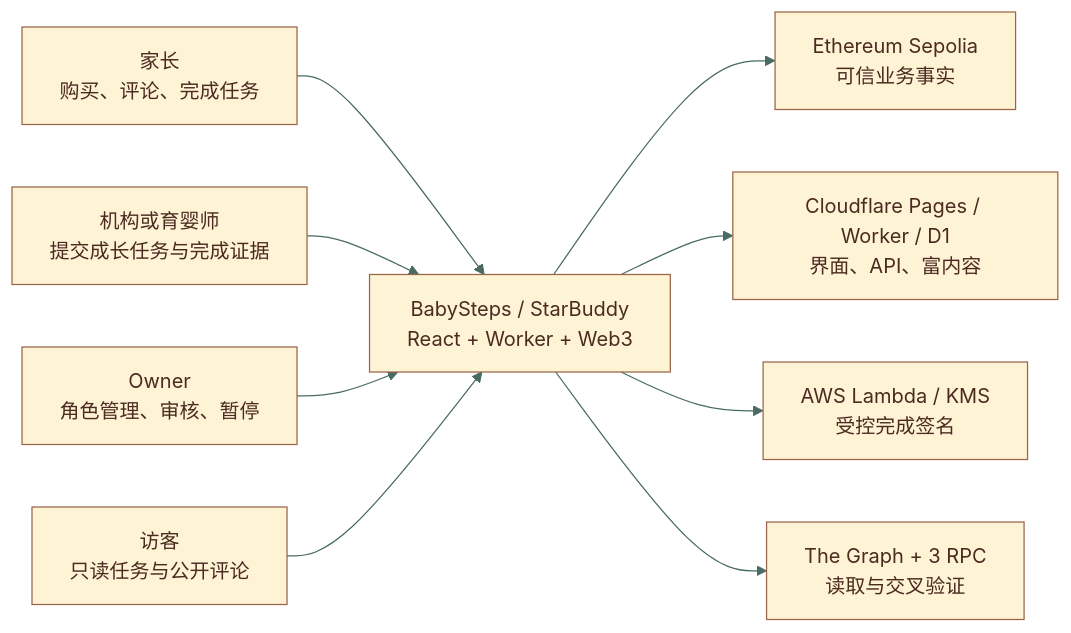
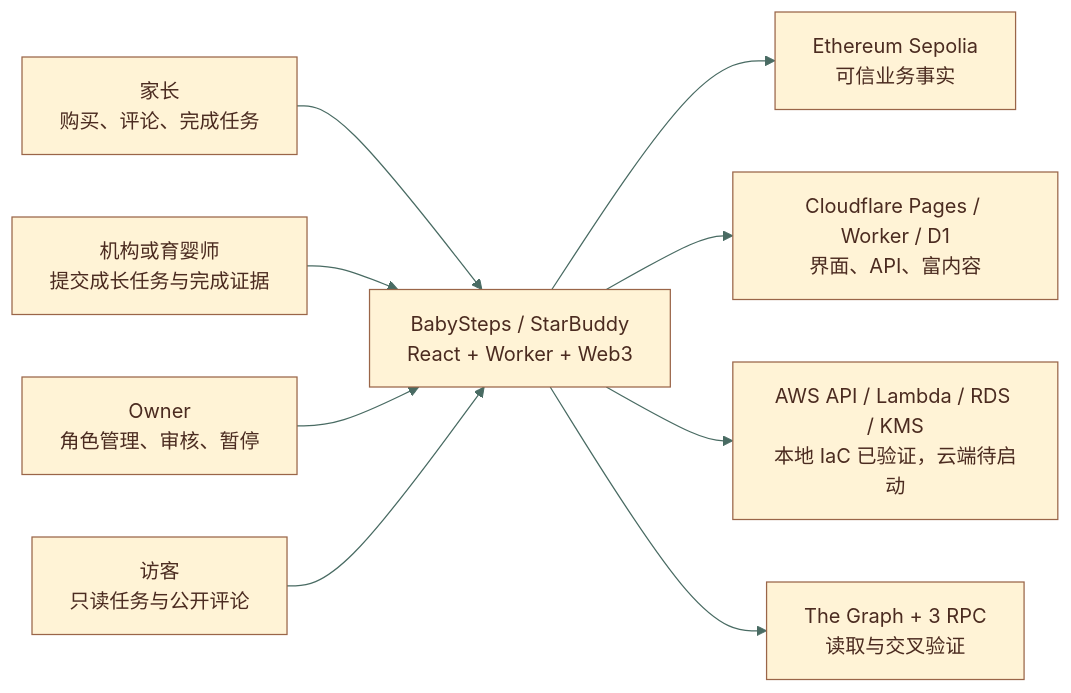
One commit to Tiancheng-Xu/babysteps changed the first of 8 diagrams in docs/architecture/starbuddy-web3-architecture.mmd. Above: the diagram before and after it, drawn with Mermaid. The commit also changed other lines of this file and 4 other files, not shown here.

````diff
--- a/docs/architecture/starbuddy-web3-architecture.mmd
+++ b/docs/architecture/starbuddy-web3-architecture.mmd
@@ -14,19 +15,19 @@
 ```mermaid
 %%{init: {"theme":"base","themeVariables":{"primaryColor":"#FFF3D6","primaryTextColor":"#4B2B20","primaryBorderColor":"#9A6548","lineColor":"#496B63","secondaryColor":"#F7B267","tertiaryColor":"#DCE9C8"}}}%%
 flowchart LR
     parent0["家长<br/>购买、评论、完成任务"]
     provider0["机构或育婴师<br/>提交成长任务与完成证据"]
     owner0["Owner<br/>角色管理、审核、暂停"]
     babySteps["BabySteps / StarBuddy<br/>React + Worker + Web3"]
     public0["访客<br/>只读任务与公开评论"]
 
     parent0 --> babySteps
     provider0 --> babySteps
     owner0 --> babySteps
     public0 --> babySteps
 
     babySteps --> ethereum0["Ethereum Sepolia<br/>可信业务事实"]
     babySteps --> cloudflare0["Cloudflare Pages / Worker / D1<br/>界面、API、富内容"]
-    babySteps --> aws0["AWS Lambda / KMS<br/>受控完成签名"]
+    babySteps --> aws0["AWS API / Lambda / RDS / KMS<br/>本地 IaC 已验证，云端待启动"]
     babySteps --> index0["The Graph + 3 RPC<br/>读取与交叉验证"]
 ```
````
